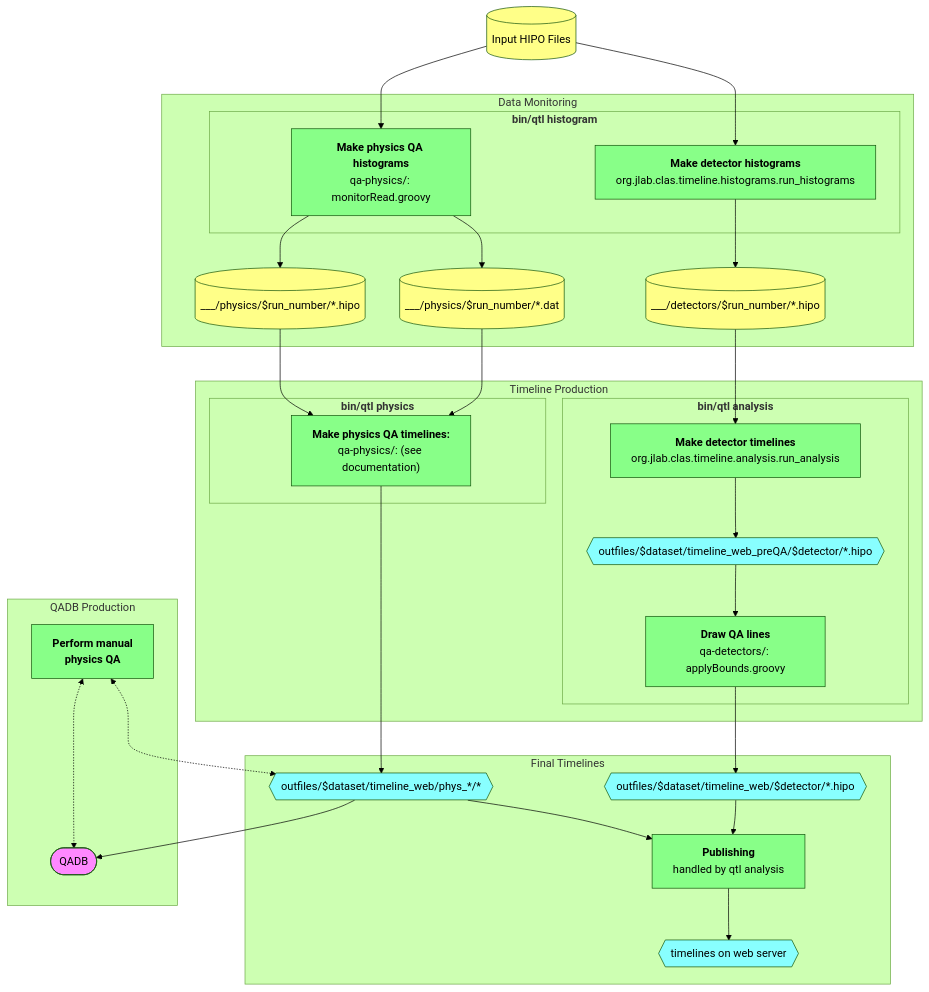
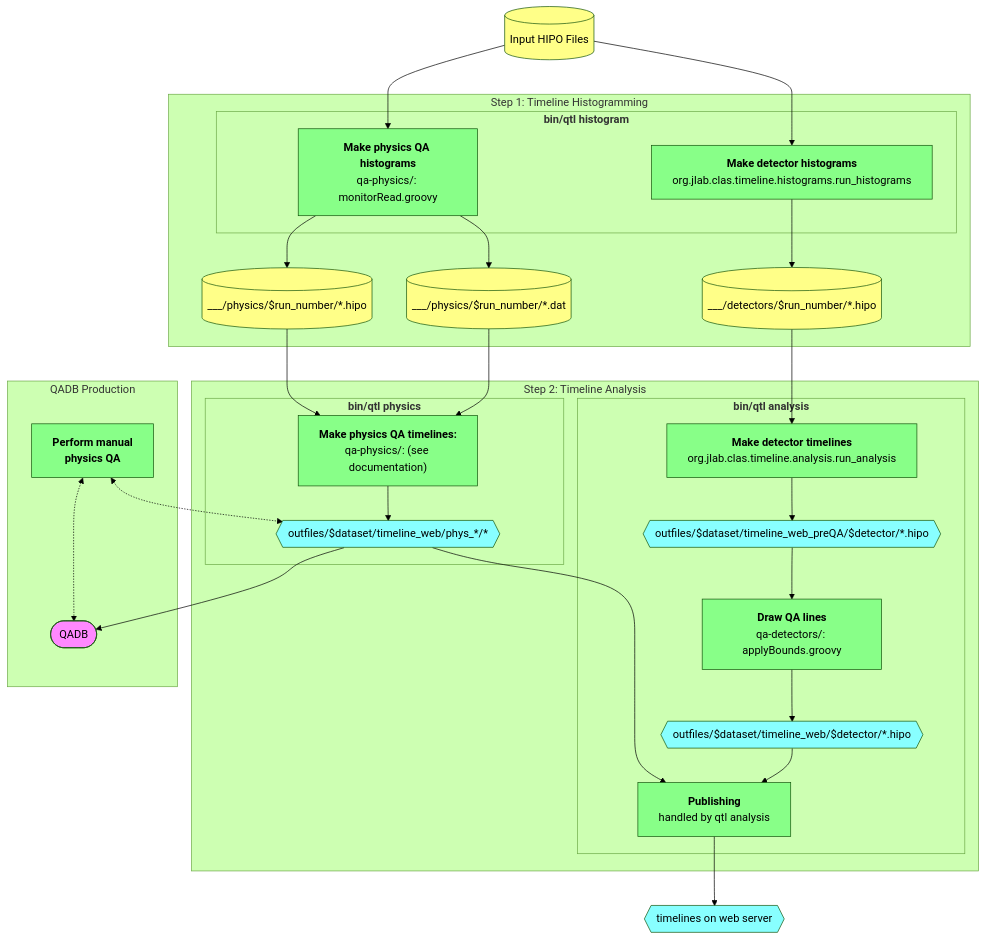
Before and after one commit to JeffersonLab/clas12-timeline: the diagram in doc/dev_notes.md, drawn with Mermaid (forest theme). The commit also changed 1 other file, not shown here.

Commit message:
doc: update dev notes

````diff
--- a/doc/dev_notes.md
+++ b/doc/dev_notes.md
@@ -4,57 +4,56 @@
 ```mermaid
 flowchart TB
 
     classDef proc     fill:#8f8,color:black
     classDef data     fill:#ff8,color:black
     classDef misc     fill:#f8f,color:black
     classDef timeline fill:#8ff,color:black
 
     dst[(Input HIPO Files)]:::data
 
-    subgraph Data Monitoring
+    subgraph Step 1: Timeline Histogramming
         subgraph "<strong>bin/qtl histogram</strong>"
-            monitorDetectors["<strong>Make detector histograms</strong><br/>org.jlab.clas.timeline.histograms.run_histograms"]:::proc
-            monitorPhysics["<strong>Make physics QA histograms</strong><br/>qa-physics/: monitorRead.groovy"]:::proc
+            histogramDetectors["<strong>Make detector histograms</strong><br/>org.jlab.clas.timeline.histograms.run_histograms"]:::proc
+            histogramPhysics["<strong>Make physics QA histograms</strong><br/>qa-physics/: monitorRead.groovy"]:::proc
         end
         outplots[(___/detectors/$run_number/*.hipo)]:::data
         outdat[(___/physics/$run_number/*.dat)]:::data
         outmon[(___/physics/$run_number/*.hipo)]:::data
     end
-    dst --> monitorDetectors
-    dst --> monitorPhysics
-    monitorDetectors --> outplots
-    monitorPhysics   --> outdat
-    monitorPhysics   --> outmon
+    dst --> histogramDetectors
+    dst --> histogramPhysics
+    histogramDetectors --> outplots
+    histogramPhysics   --> outdat
+    histogramPhysics   --> outmon
 
-    subgraph Timeline Production
+    subgraph Step 2: Timeline Analysis
         subgraph "<strong>bin/qtl analysis</strong>"
             timelineDetectorsPreQA["<strong>Make detector timelines</strong><br/>org.jlab.clas.timeline.analysis.run_analysis"]:::proc
             outTimelineDetectorsPreQA{{outfiles/$dataset/timeline_web_preQA/$detector/*.hipo}}:::timeline
             timelineDetectors["<strong>Draw QA lines</strong><br/>qa-detectors/: applyBounds.groovy"]:::proc
+            outTimelineDetectors{{outfiles/$dataset/timeline_web/$detector/*.hipo}}:::timeline
+            deploy["<strong>Publishing</strong><br/>handled by qtl analysis"]:::proc
         end
         subgraph "<strong>bin/qtl physics</strong>"
             timelinePhysics["<strong>Make physics QA timelines:</strong><br/>qa-physics/: (see documentation)"]:::proc
+            outTimelinePhysics{{outfiles/$dataset/timeline_web/phys_*/*}}:::timeline
         end
     end
-    subgraph Final Timelines
-        outTimelinePhysics{{outfiles/$dataset/timeline_web/phys_*/*}}:::timeline
-        outTimelineDetectors{{outfiles/$dataset/timeline_web/$detector/*.hipo}}:::timeline
-        deploy["<strong>Publishing</strong><br/>handled by qtl analysis"]:::proc
-        timelineDir{{timelines on web server}}:::timeline
-    end
+    timelineDir{{timelines on web server}}:::timeline
+
     outplots --> timelineDetectorsPreQA --> outTimelineDetectorsPreQA --> timelineDetectors --> outTimelineDetectors
     outdat   --> timelinePhysics
     outmon   --> timelinePhysics
     timelinePhysics --> outTimelinePhysics
     outTimelineDetectors --> deploy
     outTimelinePhysics   --> deploy
     deploy --> timelineDir
 
     subgraph QADB Production
         qadb([QADB]):::misc
         manualQA[<strong>Perform manual<br/>physics QA</strong>]:::proc
     end
     outTimelinePhysics   --> qadb
     manualQA <-.-> outTimelinePhysics
     manualQA <-.-> qadb
 ```
````
